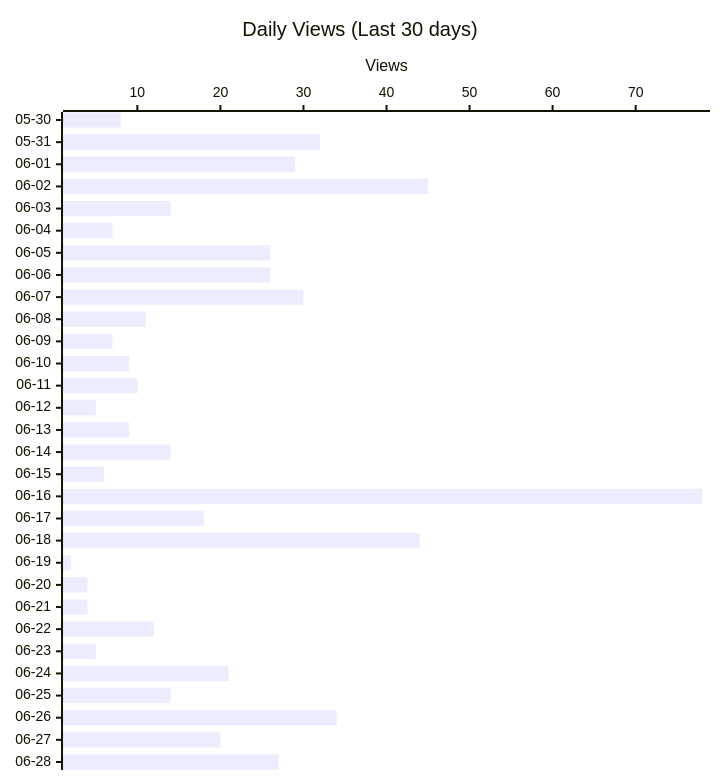
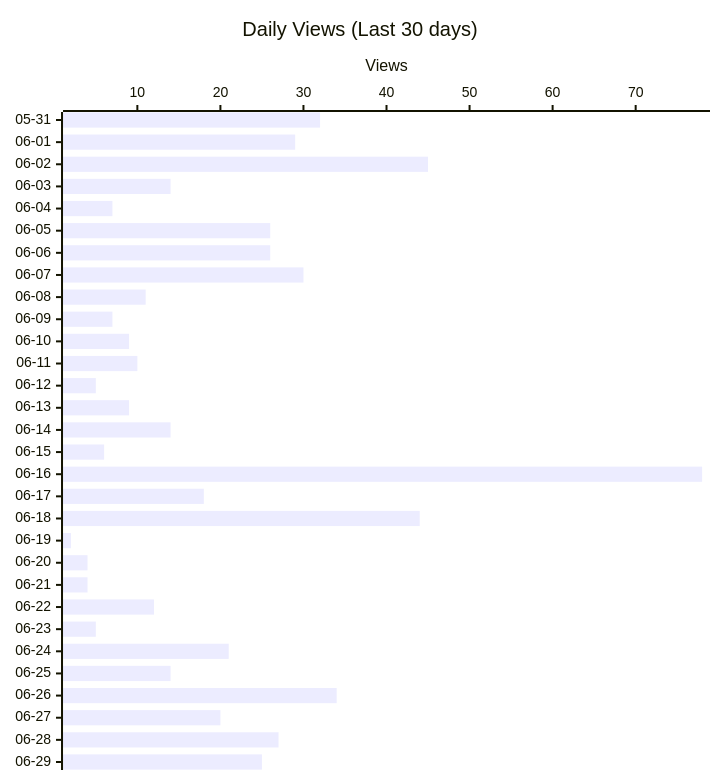
Before and after one commit to shigechika/github-insights: the second of 3 diagrams in README.md, drawn with Mermaid. The commit also changed other lines of this file and 2 other files, not shown here.

````diff
--- a/README.md
+++ b/README.md
@@ -28,12 +28,12 @@
 ```mermaid
 ---
 config:
   xyChart:
     height: 760
 ---
 xychart-beta horizontal
     title "Daily Views (Last 30 days)"
-    x-axis ["05-30", "05-31", "06-01", "06-02", "06-03", "06-04", "06-05", "06-06", "06-07", "06-08", "06-09", "06-10", "06-11", "06-12", "06-13", "06-14", "06-15", "06-16", "06-17", "06-18", "06-19", "06-20", "06-21", "06-22", "06-23", "06-24", "06-25", "06-26", "06-27", "06-28"]
+    x-axis ["05-31", "06-01", "06-02", "06-03", "06-04", "06-05", "06-06", "06-07", "06-08", "06-09", "06-10", "06-11", "06-12", "06-13", "06-14", "06-15", "06-16", "06-17", "06-18", "06-19", "06-20", "06-21", "06-22", "06-23", "06-24", "06-25", "06-26", "06-27", "06-28", "06-29"]
     y-axis "Views"
-    bar [8, 32, 29, 45, 14, 7, 26, 26, 30, 11, 7, 9, 10, 5, 9, 14, 6, 78, 18, 44, 2, 4, 4, 12, 5, 21, 14, 34, 20, 27]
+    bar [32, 29, 45, 14, 7, 26, 26, 30, 11, 7, 9, 10, 5, 9, 14, 6, 78, 18, 44, 2, 4, 4, 12, 5, 21, 14, 34, 20, 27, 25]
 ```
````
